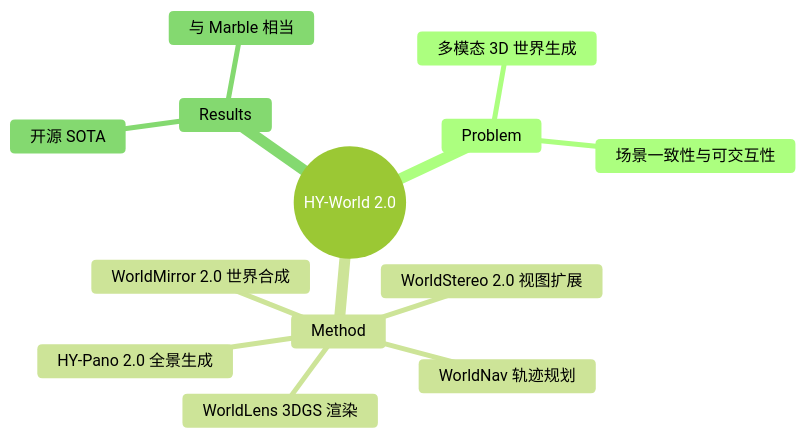
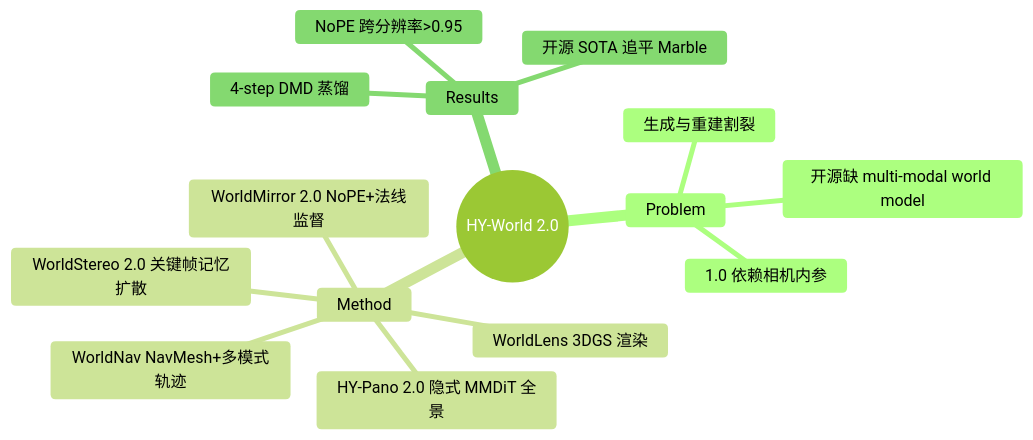
Before and after one commit to Kendrick-Stein/MCISLAB_DeepRead: the diagram in Papers/2604-HYWorld2.md, drawn with Mermaid (forest theme). The commit also changed other lines of this file and 21 other files, not shown here.

````diff
--- a/Papers/2604-HYWorld2.md
+++ b/Papers/2604-HYWorld2.md
@@ -111,16 +106,18 @@
 ```mermaid
 mindmap
   root((HY-World 2.0))
     Problem
-      多模态 3D 世界生成
-      场景一致性与可交互性
+      生成与重建割裂
+      1.0 依赖相机内参
+      开源缺 multi-modal world model
     Method
-      HY-Pano 2.0 全景生成
-      WorldNav 轨迹规划
-      WorldStereo 2.0 视图扩展
-      WorldMirror 2.0 世界合成
+      HY-Pano 2.0 隐式 MMDiT 全景
+      WorldNav NavMesh+多模式轨迹
+      WorldStereo 2.0 关键帧记忆扩散
+      WorldMirror 2.0 NoPE+法线监督
       WorldLens 3DGS 渲染
     Results
-      开源 SOTA
-      与 Marble 相当
+      开源 SOTA 追平 Marble
+      NoPE 跨分辨率>0.95
+      4-step DMD 蒸馏
 ```
````
